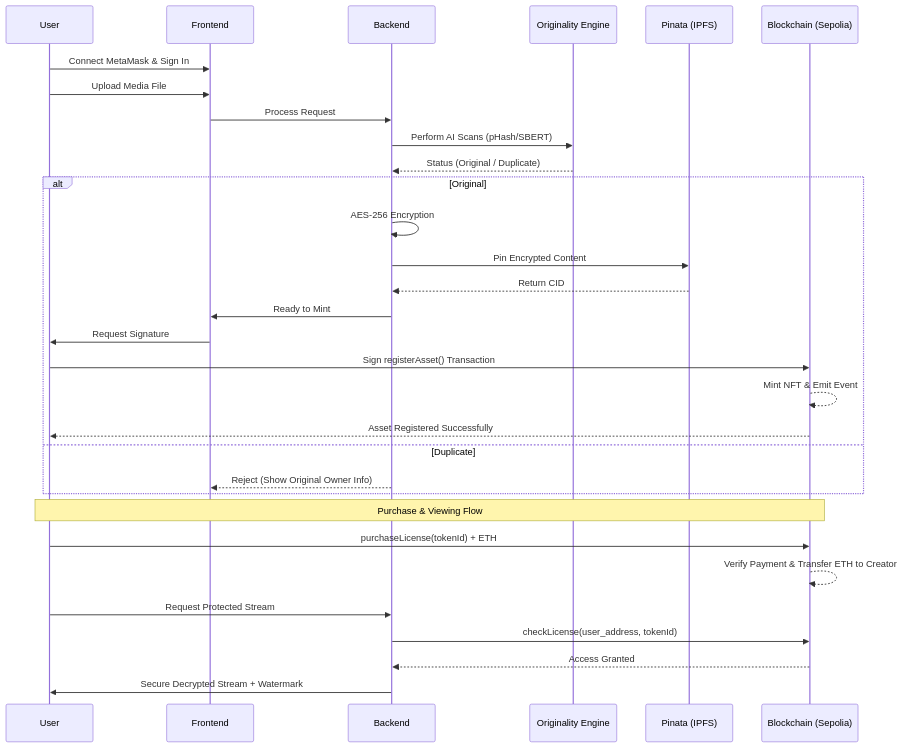
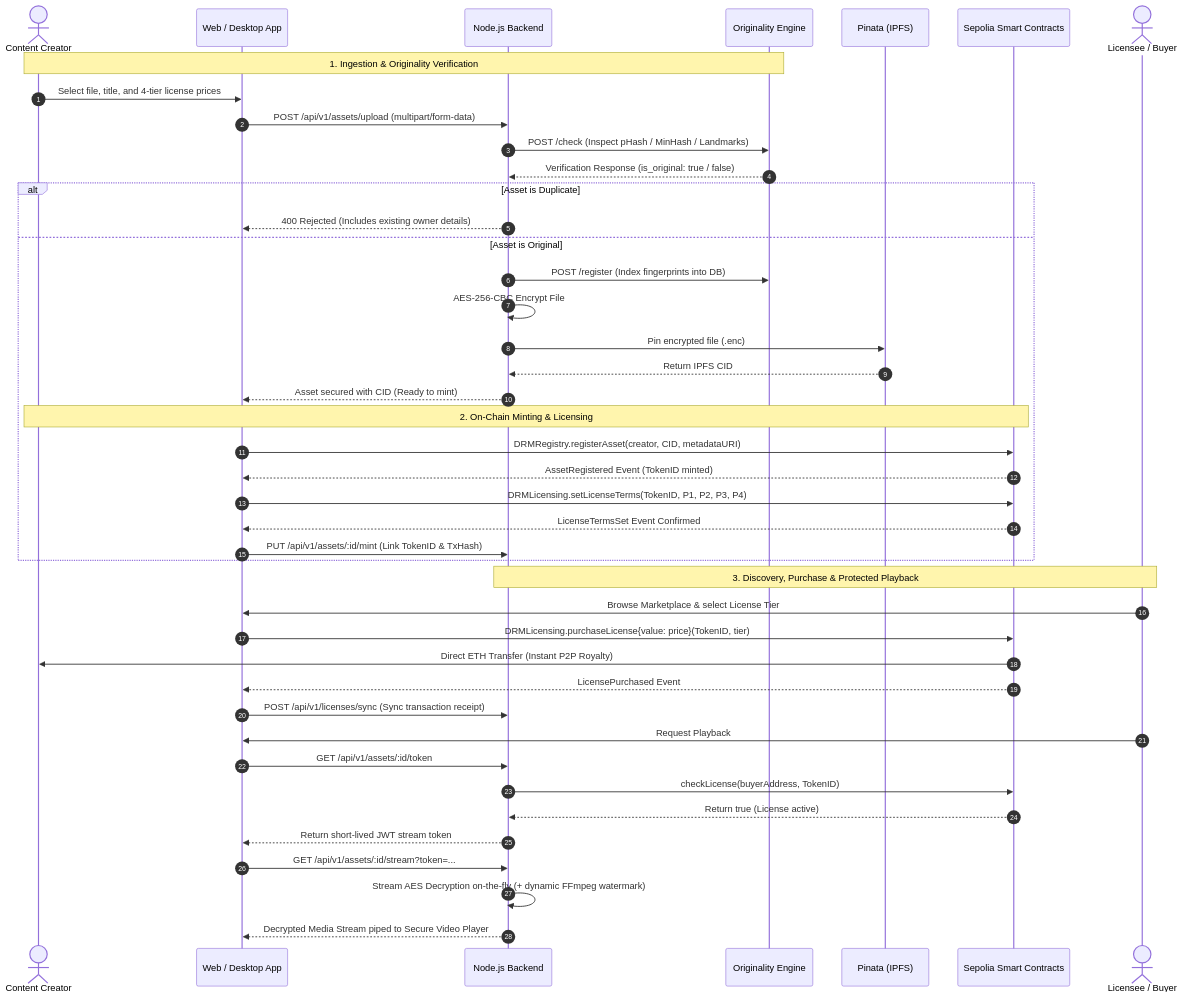
One commit to Saikrishna-Bathina/blockchain-based-drm changed the second of 3 diagrams in README.md. Above: the diagram before and after it, drawn with Mermaid. The commit also changed other lines of this file and 12 other files, not shown here.

````diff
--- a/README.md
+++ b/README.md
@@ -162,36 +186,50 @@
 ```mermaid
 sequenceDiagram
-    participant User
-    participant Frontend
-    participant Backend
-    participant AI as Originality Engine
+    autonumber
+    actor Creator as Content Creator
+    participant FE as Web / Desktop App
+    participant BE as Node.js Backend
+    participant OE as Originality Engine
     participant IPFS as Pinata (IPFS)
-    participant BC as Blockchain (Sepolia)
-    
-    User->>Frontend: Connect MetaMask & Sign In
-    User->>Frontend: Upload Media File
-    Frontend->>Backend: Process Request
-    Backend->>AI: Perform AI Scans (pHash/SBERT)
-    AI-->>Backend: Status (Original / Duplicate)
-    
-    alt Original
-        Backend->>Backend: AES-256 Encryption
-        Backend->>IPFS: Pin Encrypted Content
-        IPFS-->>Backend: Return CID
-        Backend->>Frontend: Ready to Mint
-        Frontend->>User: Request Signature
-        User->>BC: Sign registerAsset() Transaction
-        BC-->>BC: Mint NFT & Emit Event
-        BC-->>User: Asset Registered Successfully
-    else Duplicate
-        Backend-->>Frontend: Reject (Show Original Owner Info)
+    participant BC as Sepolia Smart Contracts
+    actor Buyer as Licensee / Buyer
+
+    Note over Creator, OE: 1. Ingestion & Originality Verification
+    Creator->>FE: Select file, title, and 4-tier license prices
+    FE->>BE: POST /api/v1/assets/upload (multipart/form-data)
+    BE->>OE: POST /check (Inspect pHash / MinHash / Landmarks)
+    OE-->>BE: Verification Response (is_original: true / false)
+
+    alt Asset is Duplicate
+        BE-->>FE: 400 Rejected (Includes existing owner details)
+    else Asset is Original
+        BE->>OE: POST /register (Index fingerprints into DB)
+        BE->>BE: AES-256-CBC Encrypt File
+        BE->>IPFS: Pin encrypted file (.enc)
+        IPFS-->>BE: Return IPFS CID
+        BE-->>FE: Asset secured with CID (Ready to mint)
+
+        Note over Creator, BC: 2. On-Chain Minting & Licensing
+        FE->>BC: DRMRegistry.registerAsset(creator, CID, metadataURI)
+        BC-->>FE: AssetRegistered Event (TokenID minted)
+        FE->>BC: DRMLicensing.setLicenseTerms(TokenID, P1, P2, P3, P4)
+        BC-->>FE: LicenseTermsSet Event Confirmed
+        FE->>BE: PUT /api/v1/assets/:id/mint (Link TokenID & TxHash)
     end
-    
-    Note over User, BC: Purchase & Viewing Flow
-    User->>BC: purchaseLicense(tokenId) + ETH
-    BC-->>BC: Verify Payment & Transfer ETH to Creator
-    User->>Backend: Request Protected Stream
-    Backend->>BC: checkLicense(user_address, tokenId)
-    BC-->>Backend: Access Granted
-    Backend->>User: Secure Decrypted Stream + Watermark
+
+    Note over Buyer, BE: 3. Discovery, Purchase & Protected Playback
+    Buyer->>FE: Browse Marketplace & select License Tier
+    FE->>BC: DRMLicensing.purchaseLicense{value: price}(TokenID, tier)
+    BC->>Creator: Direct ETH Transfer (Instant P2P Royalty)
+    BC-->>FE: LicensePurchased Event
+    FE->>BE: POST /api/v1/licenses/sync (Sync transaction receipt)
+
+    Buyer->>FE: Request Playback
+    FE->>BE: GET /api/v1/assets/:id/token
+    BE->>BC: checkLicense(buyerAddress, TokenID)
+    BC-->>BE: Return true (License active)
+    BE-->>FE: Return short-lived JWT stream token
+    FE->>BE: GET /api/v1/assets/:id/stream?token=...
+    BE->>BE: Stream AES Decryption on-the-fly (+ dynamic FFmpeg watermark)
+    BE-->>FE: Decrypted Media Stream piped to Secure Video Player
 ```
````
